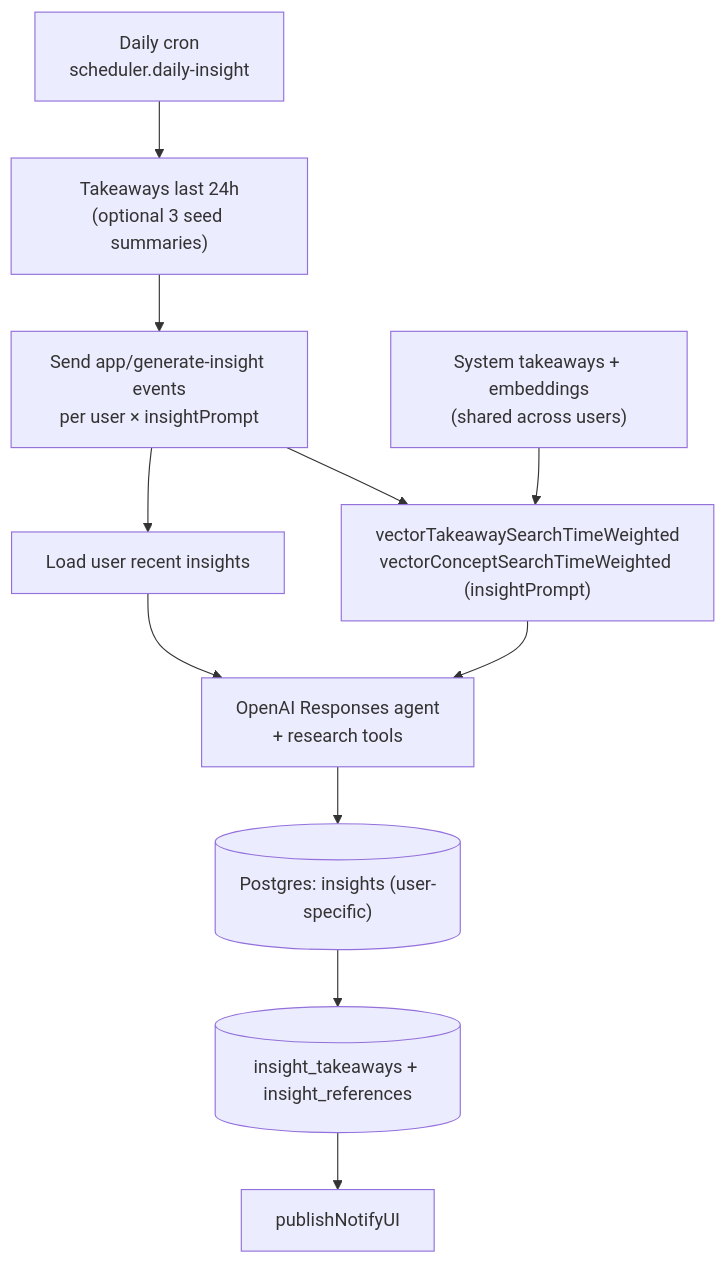
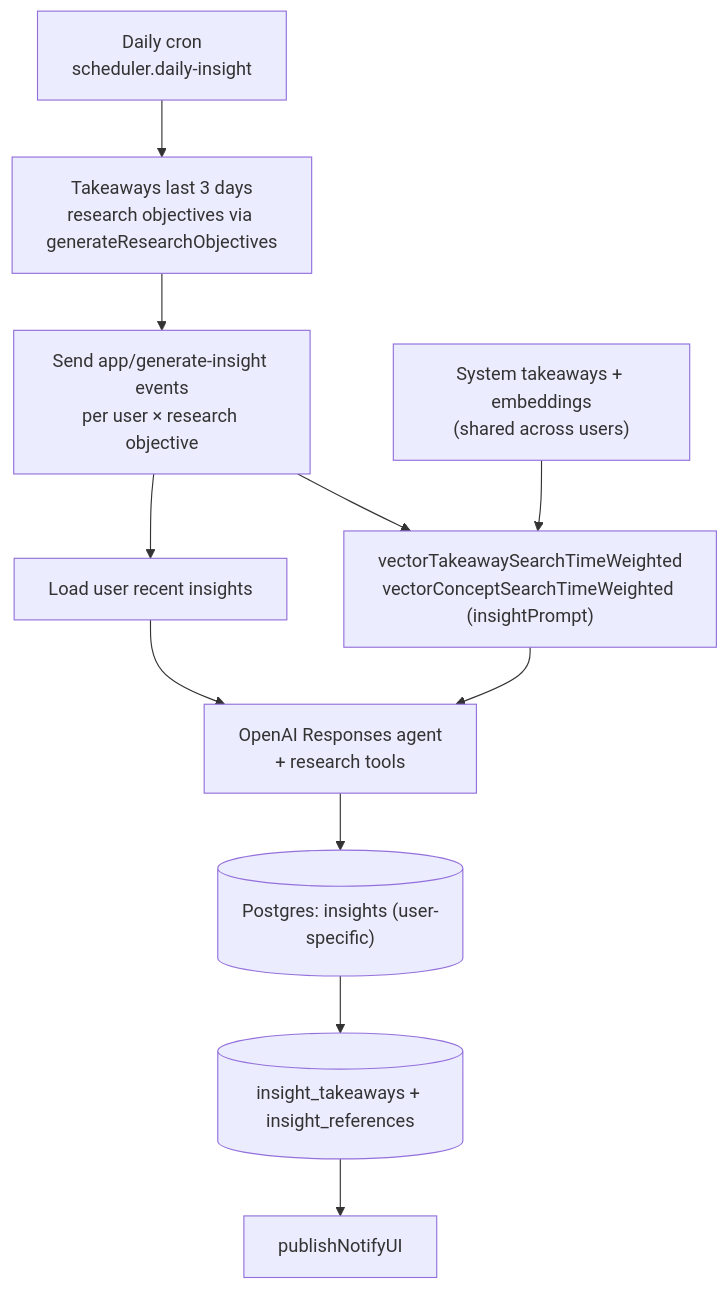
One commit to starmode-base/expert-system changed the second of 2 diagrams in INSIGHT_GENERATION_BACKEND_FLOW.md. Above: the diagram before and after it, drawn with Mermaid. The commit also changed other lines of this file and 1 other file, not shown here.

````diff
--- a/INSIGHT_GENERATION_BACKEND_FLOW.md
+++ b/INSIGHT_GENERATION_BACKEND_FLOW.md
@@ -150,14 +151,14 @@
 ```mermaid
 flowchart TD
   T["System takeaways + embeddings\n(shared across users)"]
-  A["Daily cron\nscheduler.daily-insight"] --> B["Takeaways last 24h\n(optional 3 seed summaries)"]
-  B --> C["Send app/generate-insight events\nper user × insightPrompt"]
+  A["Daily cron\nscheduler.daily-insight"] --> B["Takeaways last 3 days\nresearch objectives via generateResearchObjectives"]
+  B --> C["Send app/generate-insight events\nper user × research objective"]
   C --> D["Load user recent insights"]
   C --> E["vectorTakeawaySearchTimeWeighted\nvectorConceptSearchTimeWeighted (insightPrompt)"]
   T --> E
   D --> F["OpenAI Responses agent\n+ research tools"]
   E --> F
   F --> G[("Postgres: insights (user-specific)")]
   G --> H[("insight_takeaways + insight_references")]
   H --> I["publishNotifyUI"]
 ```
````
